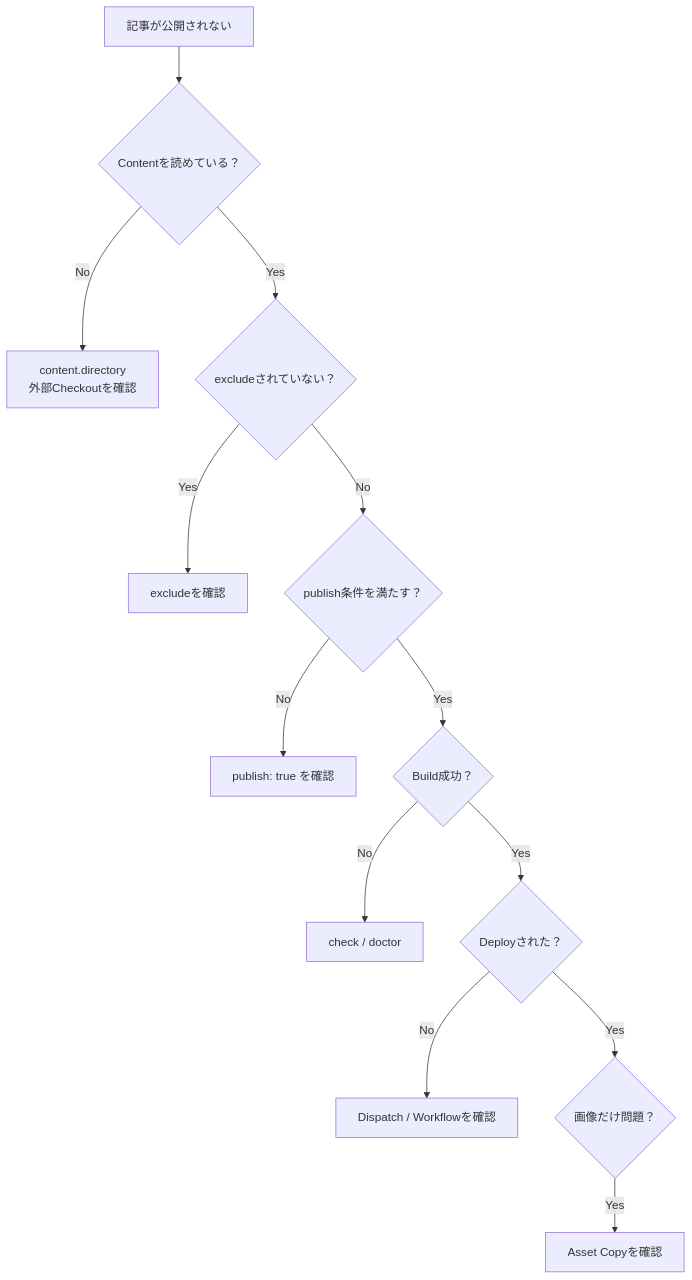
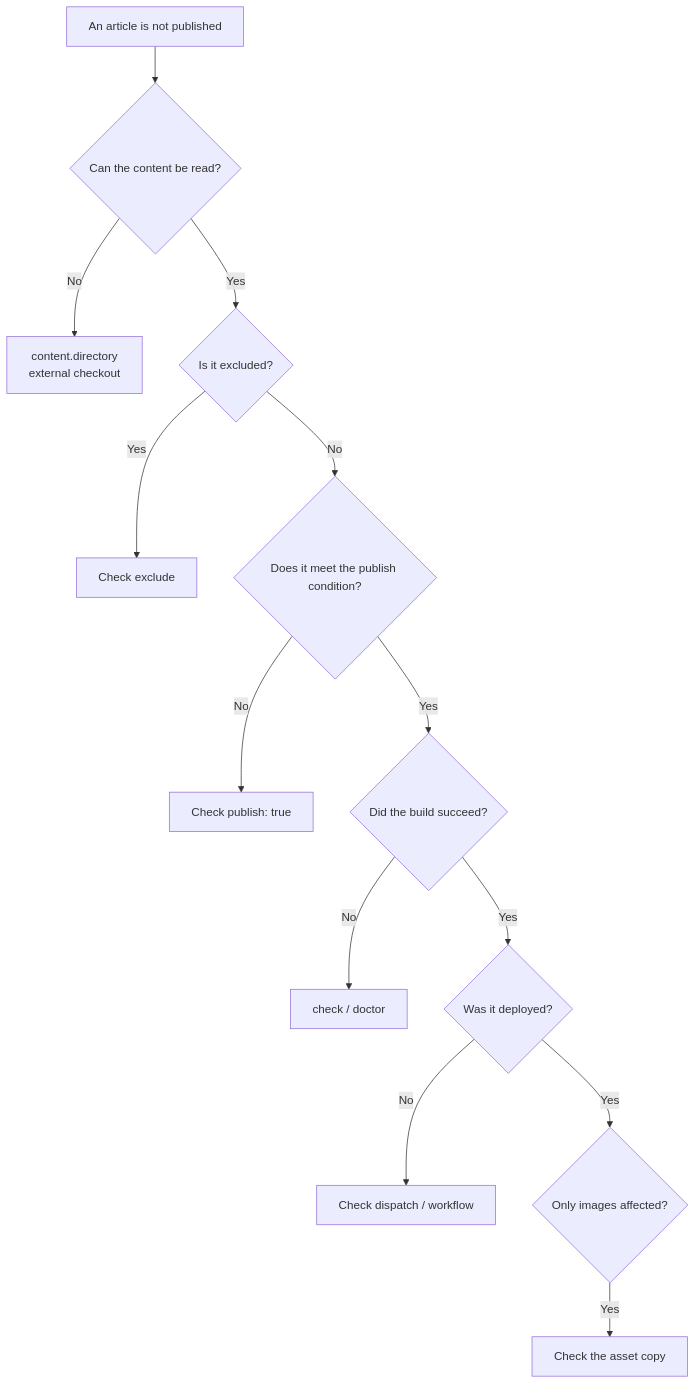
The ninth of 10 diagrams in docs/docs/guides/content-repositories.md (Rerurate514/riebeckite), drawn with Mermaid before and after one commit. The commit also changed other lines of this file and 604 other files, not shown here.

````diff
--- a/docs/docs/guides/content-repositories.md
+++ b/docs/docs/guides/content-repositories.md
@@ -1021,23 +456,23 @@
 ```mermaid
 flowchart TD
-    Start["記事が公開されない"]
+    Start["An article is not published"]
 
-    Start --> Source{"Contentを読めている？"}
+    Start --> Source{"Can the content be read?"}
 
-    Source -->|No| Directory["content.directory<br/>外部Checkoutを確認"]
-    Source -->|Yes| Exclude{"excludeされていない？"}
+    Source -->|No| Directory["content.directory<br/>external checkout"]
+    Source -->|Yes| Exclude{"Is it excluded?"}
 
-    Exclude -->|Yes| Config["excludeを確認"]
-    Exclude -->|No| Publish{"publish条件を満たす？"}
+    Exclude -->|Yes| Config["Check exclude"]
+    Exclude -->|No| Publish{"Does it meet the publish condition?"}
 
-    Publish -->|No| Frontmatter["publish: true を確認"]
-    Publish -->|Yes| Build{"Build成功？"}
+    Publish -->|No| Frontmatter["Check publish: true"]
+    Publish -->|Yes| Build{"Did the build succeed?"}
 
     Build -->|No| Diagnostics["check / doctor"]
-    Build -->|Yes| Deploy{"Deployされた？"}
+    Build -->|Yes| Deploy{"Was it deployed?"}
 
-    Deploy -->|No| CI["Dispatch / Workflowを確認"]
-    Deploy -->|Yes| Asset{"画像だけ問題？"}
+    Deploy -->|No| CI["Check dispatch / workflow"]
+    Deploy -->|Yes| Asset{"Only images affected?"}
 
-    Asset -->|Yes| Copy["Asset Copyを確認"]
+    Asset -->|Yes| Copy["Check the asset copy"]
 ```
````
